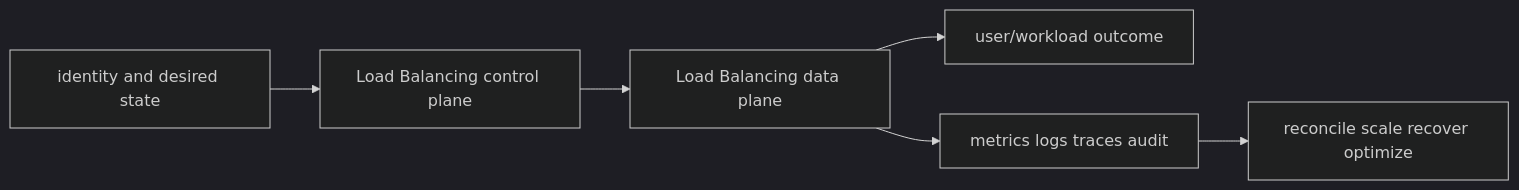
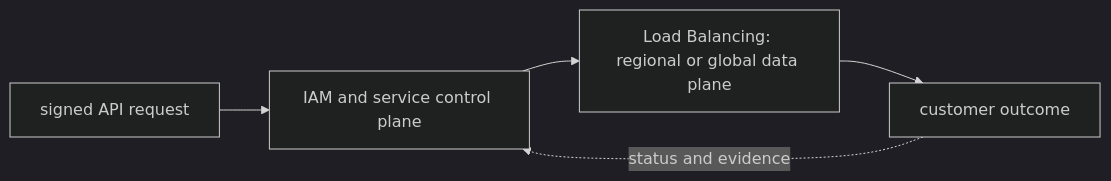
One commit to tomkidumbuyo/DevOps-interview-preparation changed the second of 2 diagrams in 07-aws/04-load-balancing/README.md. Above: the diagram before and after it, drawn with Mermaid (dark theme). The commit also changed other lines of this file and 753 other files, not shown here.

````diff
--- a/07-aws/04-load-balancing/README.md
+++ b/07-aws/04-load-balancing/README.md
@@ -39,8 +50,7 @@
 ```mermaid
 flowchart LR
-  I[identity and desired state] --> C[Load Balancing control plane]
-  C --> D[Load Balancing data plane]
-  D --> U[user/workload outcome]
-  D --> O[metrics logs traces audit]
-  O --> R[reconcile scale recover optimize]
+  A["signed API request"] --> B["IAM and service control plane"]
+  B --> C["Load Balancing: regional or global data plane"]
+  C --> D["customer outcome"]
+  D -. "status and evidence" .-> B
 ```
````
